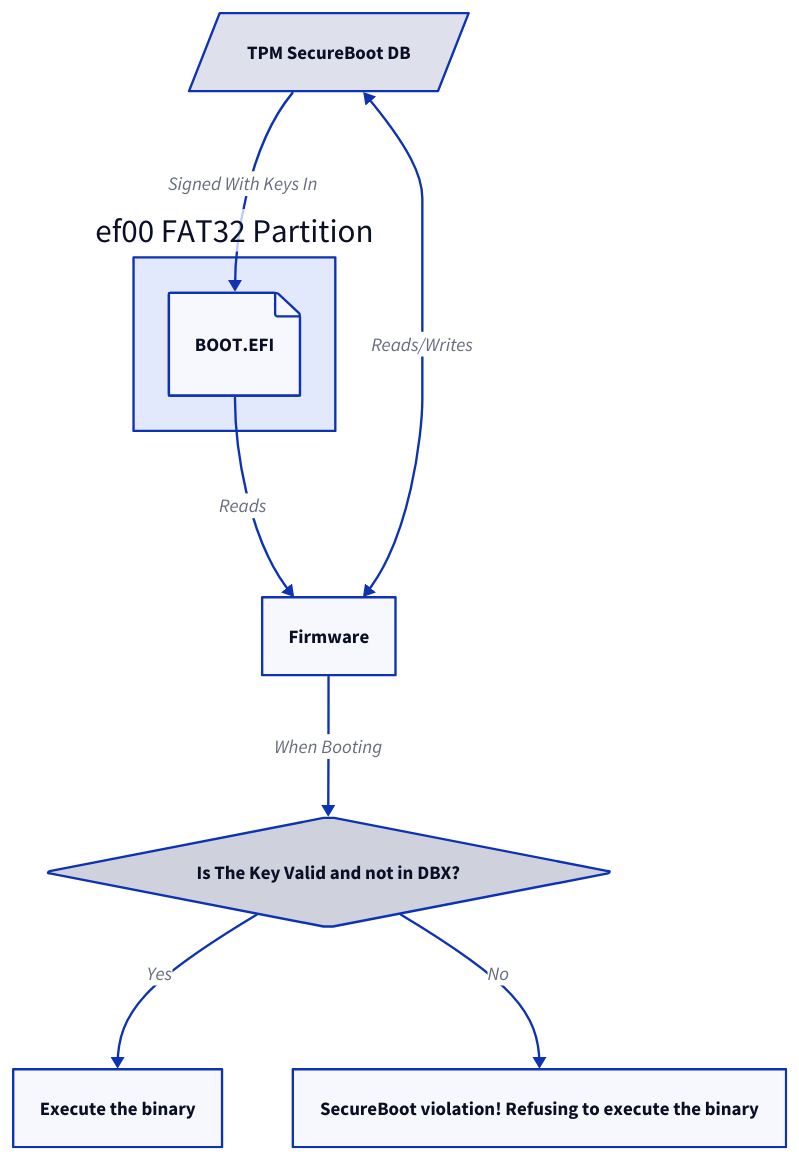
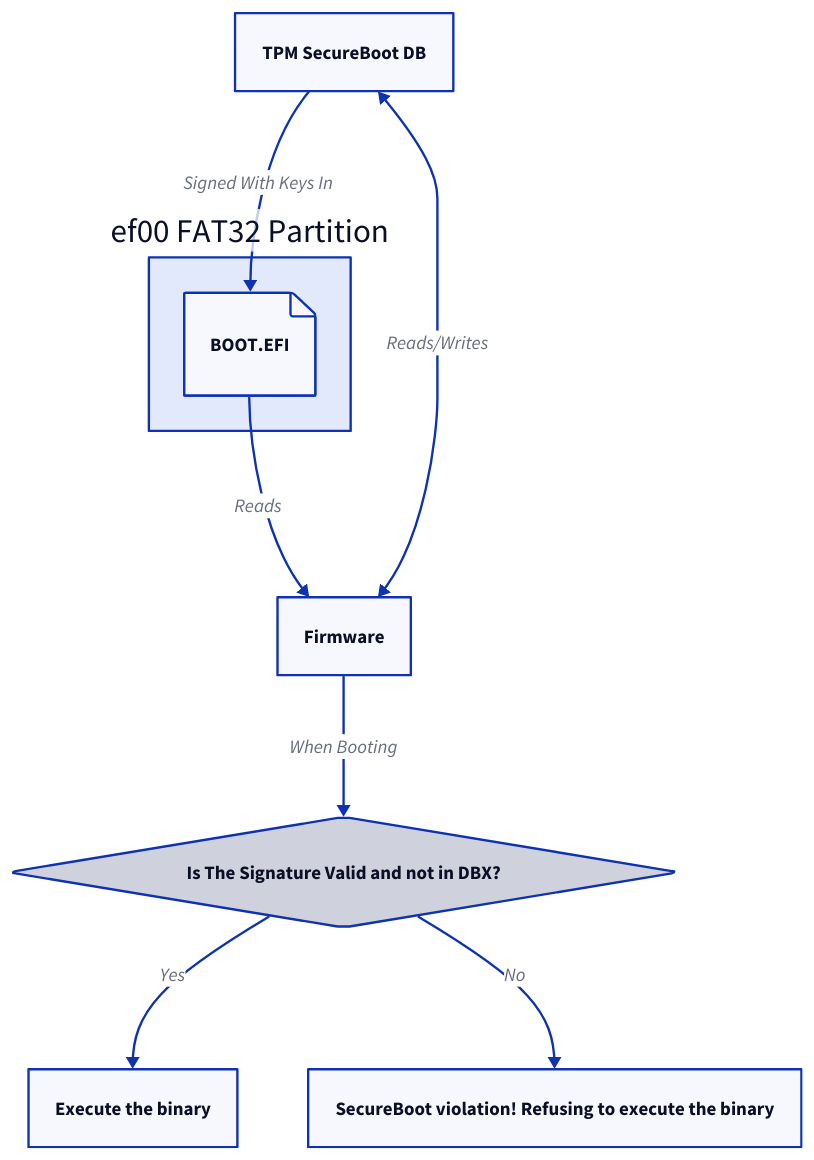
One commit to Bwc9876/dgang changed the first of 3 diagrams in src/content/docs/epilogue/luks-secure-boot.mdx. Above: the diagram before and after it, drawn with D2. The commit also changed other lines of this file and 2 other files, not shown here.

````diff
--- a/src/content/docs/epilogue/luks-secure-boot.mdx
+++ b/src/content/docs/epilogue/luks-secure-boot.mdx
@@ -24,19 +24,16 @@
 ```d2
 direction: down
-
-
 
 "ef00 FAT32 Partition": {
   "BOOT.EFI" : { shape: page }
 }
 
-"TPM SecureBoot DB": { shape: parallelogram }
-"Is The Key Valid and not in DBX?" : { shape: diamond }
+"Is The Signature Valid and not in DBX?" : { shape: diamond }
 
 "ef00 FAT32 Partition"."BOOT.EFI" -> "Firmware" : Reads
 "ef00 FAT32 Partition"."BOOT.EFI" <- "TPM SecureBoot DB" : Signed With Keys In
 "TPM SecureBoot DB" <-> "Firmware" : Reads/Writes
-"Firmware" -> "Is The Key Valid and not in DBX?" : When Booting
-"Is The Key Valid and not in DBX?" -> "Execute the binary" : Yes
-"Is The Key Valid and not in DBX?" -> "SecureBoot violation! Refusing to execute the binary" : No
+"Firmware" -> "Is The Signature Valid and not in DBX?" : When Booting
+"Is The Signature Valid and not in DBX?" -> "Execute the binary" : Yes
+"Is The Signature Valid and not in DBX?" -> "SecureBoot violation! Refusing to execute the binary" : No
 ```
````
